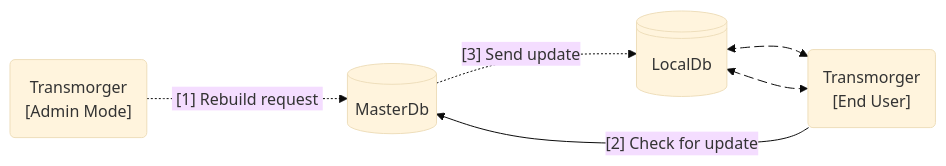
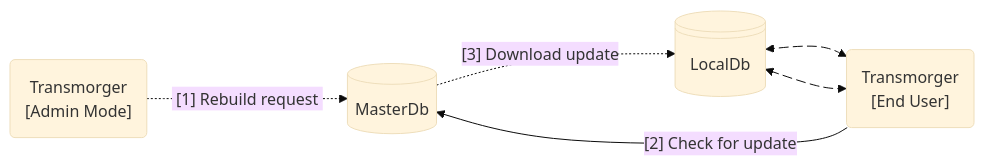
The diagram in docs/man/README.md (spectrum-health-systems/Tingen-Transmorger), drawn with Mermaid (base theme) before and after one commit. The commit also changed 2 other files, not shown here.

Commit message:
0.9.29.0-rc1

````diff
--- a/docs/man/README.md
+++ b/docs/man/README.md
@@ -58,17 +58,17 @@
 ```mermaid
 flowchart LR
     %% Components
     TransmorgerAdminMode@{ shape: rounded, label: "Transmorger\n[Admin Mode]" }
     MasterDb@{ shape: cyl, label: "MasterDb" } 
     TransmorgerEndUser@{ shape: rounded, label: "Transmorger\n[End User]" }
     LocalDb@{ shape: lin-cyl, label: "LocalDb" }
     %% Layout
     TransmorgerAdminMode -. &nbsp;[1] Rebuild request&nbsp; .-> MasterDb
     TransmorgerEndUser -- [2] Check for update --> MasterDb
-    MasterDb -. [3] Send update .-> LocalDb
+    MasterDb -. [3] Download update .-> LocalDb
     TransmorgerEndUser e1@<--> LocalDb
     LocalDb e2@<-->TransmorgerEndUser
     %% Styles
     e1@{ animate: true }
     e2@{ animate: true }
 ```
````
